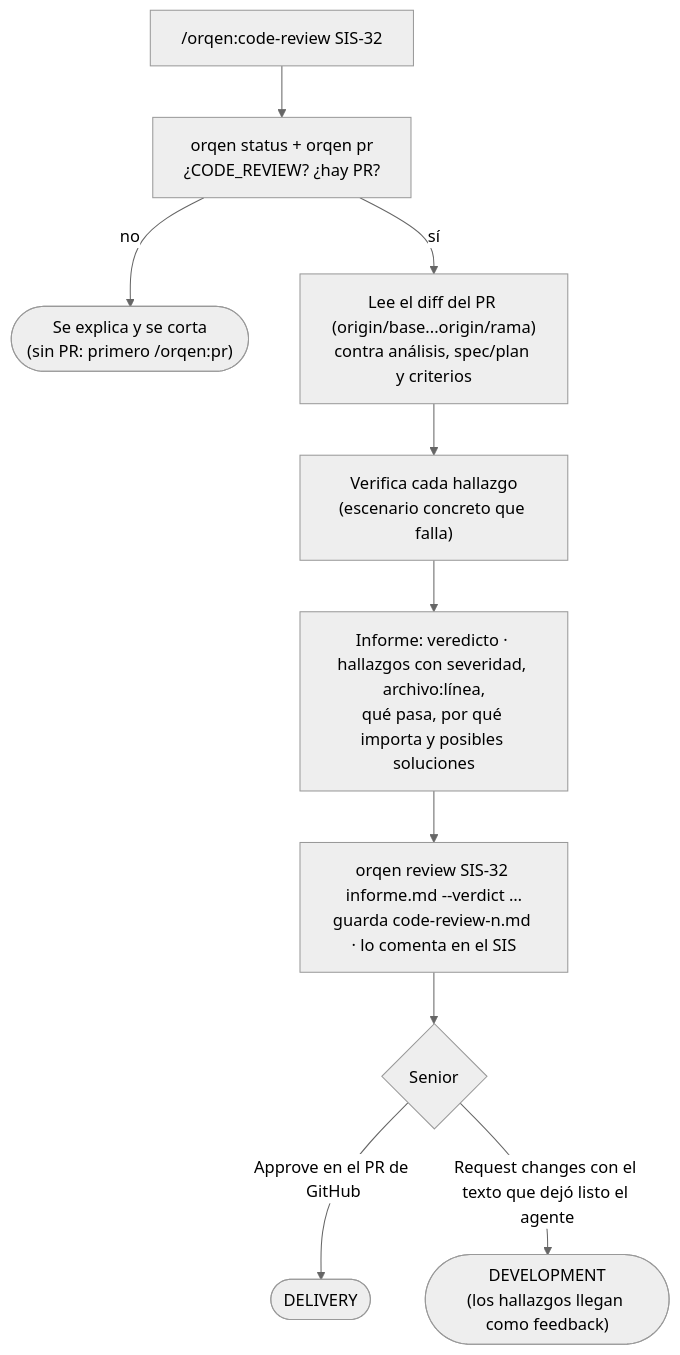
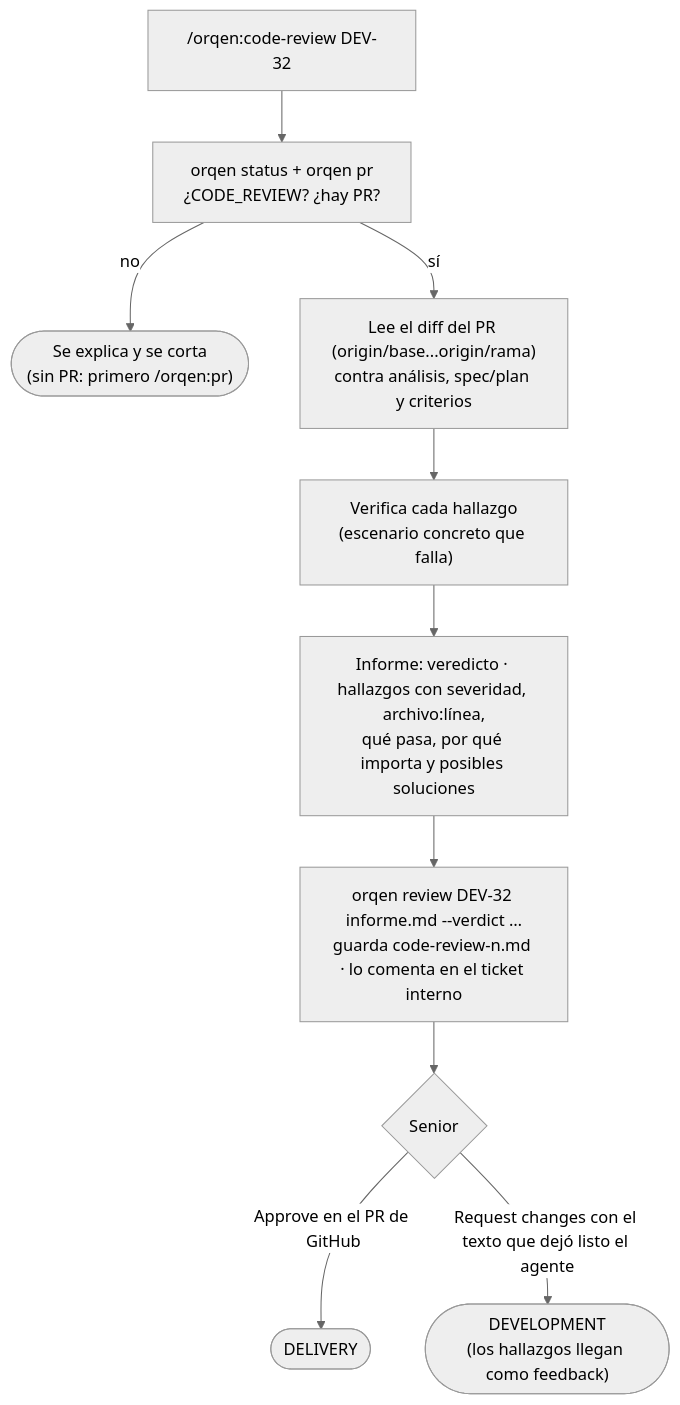
The sixth of 7 diagrams in README.md (sistemas-telpin/orqen), drawn with Mermaid (neutral theme) before and after one commit. The commit also changed other lines of this file and 106 other files, not shown here.

````diff
--- a/README.md
+++ b/README.md
@@ -238,12 +238,12 @@
 ```mermaid
 flowchart TD
-    A["/orqen:code-review SIS-32"] --> B["orqen status + orqen pr<br/>¿CODE_REVIEW? ¿hay PR?"]
+    A["/orqen:code-review DEV-32"] --> B["orqen status + orqen pr<br/>¿CODE_REVIEW? ¿hay PR?"]
     B -->|"no"| X(["Se explica y se corta<br/>(sin PR: primero /orqen:pr)"])
     B -->|"sí"| C["Lee el diff del PR (origin/base...origin/rama)<br/>contra análisis, spec/plan y criterios"]
     C --> D["Verifica cada hallazgo<br/>(escenario concreto que falla)"]
     D --> E["Informe: veredicto · hallazgos con severidad, archivo:línea,<br/>qué pasa, por qué importa y posibles soluciones"]
-    E --> R["orqen review SIS-32 informe.md --verdict …<br/>guarda code-review-n.md · lo comenta en el SIS"]
+    E --> R["orqen review DEV-32 informe.md --verdict …<br/>guarda code-review-n.md · lo comenta en el ticket interno"]
     R --> F{"Senior"}
     F -->|"Approve en el PR de GitHub"| G(["DELIVERY"])
     F -->|"Request changes con el texto que dejó listo el agente"| H(["DEVELOPMENT<br/>(los hallazgos llegan como feedback)"])
 ```
````
